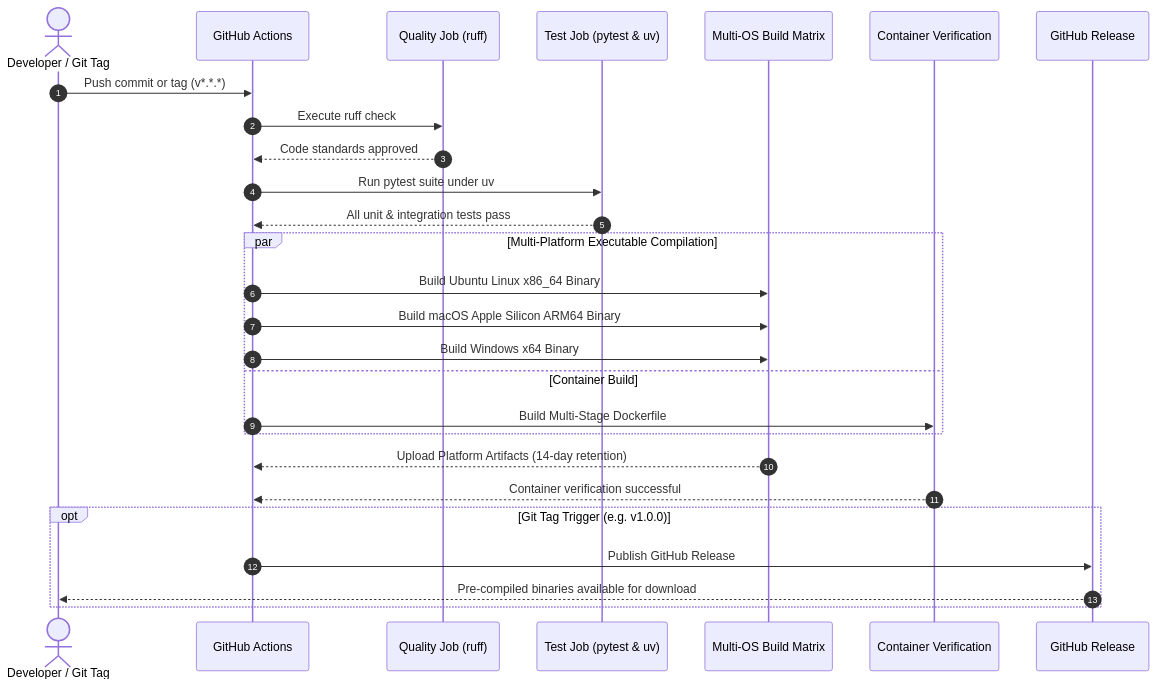
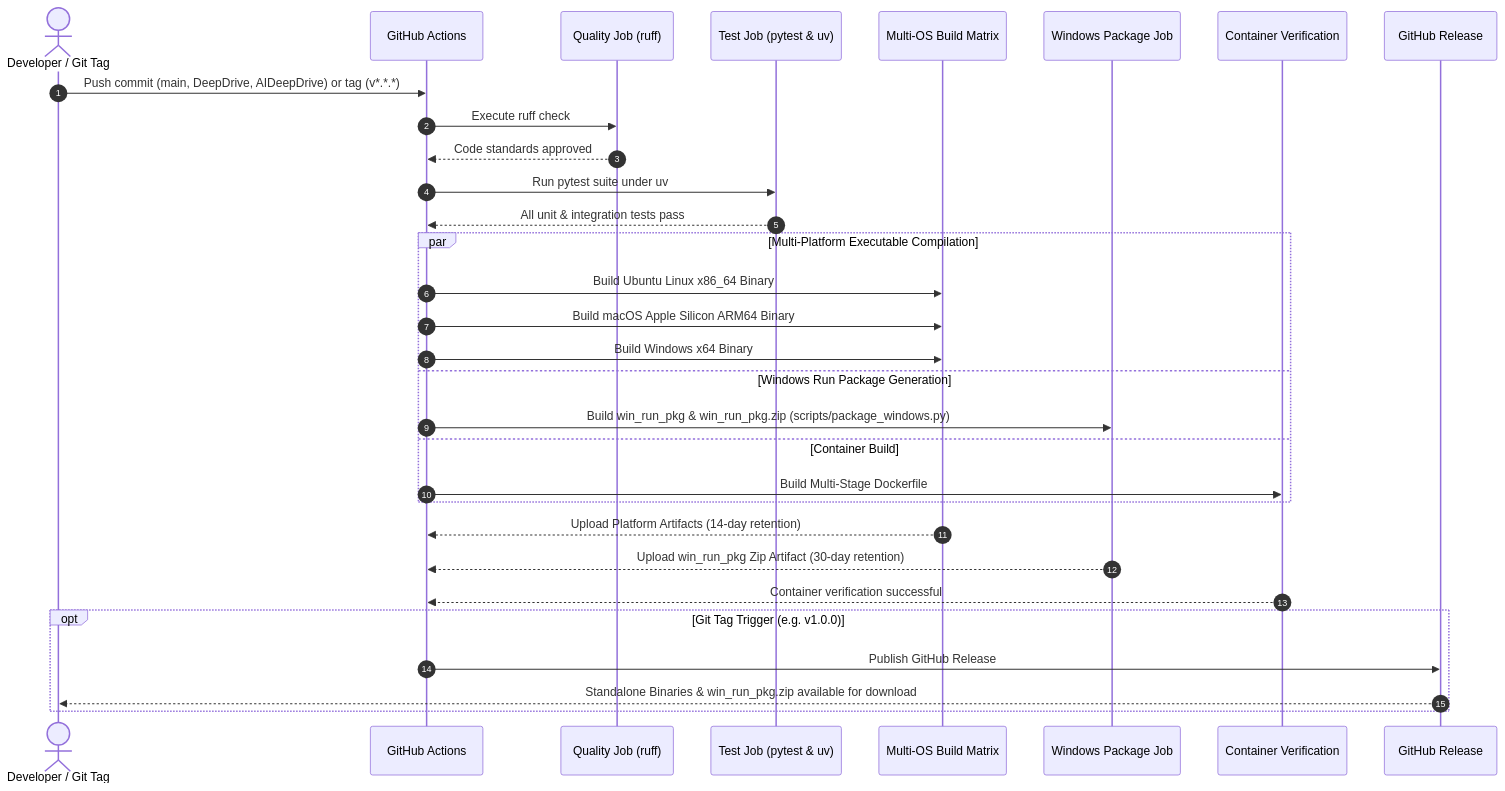
Before and after one commit to debnathch/procurement_agent: the seventh of 7 diagrams in LLD.md, drawn with Mermaid. The commit also changed other lines of this file and 20 other files, not shown here.

Commit message:
feat: isolate healthy covered products from inventory tab, add Windows isolated runner, and sync architecture docs

````diff
--- a/LLD.md
+++ b/LLD.md
@@ -571,33 +631,37 @@
 ```mermaid
 sequenceDiagram
     autonumber
     actor Dev as Developer / Git Tag
     participant GHA as GitHub Actions
     participant QA as Quality Job (ruff)
     participant Test as Test Job (pytest & uv)
     participant Matrix as Multi-OS Build Matrix
+    participant WinPkg as Windows Package Job
     participant Docker as Container Verification
     participant Rel as GitHub Release
 
-    Dev->>GHA: Push commit or tag (v*.*.*)
+    Dev->>GHA: Push commit (main, DeepDrive, AIDeepDrive) or tag (v*.*.*)
     GHA->>QA: Execute ruff check
     QA-->>GHA: Code standards approved
     GHA->>Test: Run pytest suite under uv
     Test-->>GHA: All unit & integration tests pass
     
     par Multi-Platform Executable Compilation
         GHA->>Matrix: Build Ubuntu Linux x86_64 Binary
         GHA->>Matrix: Build macOS Apple Silicon ARM64 Binary
         GHA->>Matrix: Build Windows x64 Binary
+    and Windows Run Package Generation
+        GHA->>WinPkg: Build win_run_pkg & win_run_pkg.zip (scripts/package_windows.py)
     and Container Build
         GHA->>Docker: Build Multi-Stage Dockerfile
     end
     
     Matrix-->>GHA: Upload Platform Artifacts (14-day retention)
+    WinPkg-->>GHA: Upload win_run_pkg Zip Artifact (30-day retention)
     Docker-->>GHA: Container verification successful
 
     opt Git Tag Trigger (e.g. v1.0.0)
         GHA->>Rel: Publish GitHub Release
-        Rel-->>Dev: Pre-compiled binaries available for download
+        Rel-->>Dev: Standalone Binaries & win_run_pkg.zip available for download
     end
 ```
````
